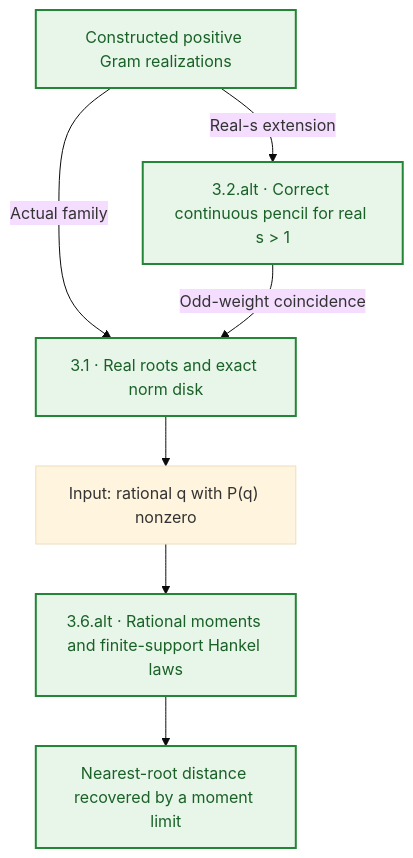
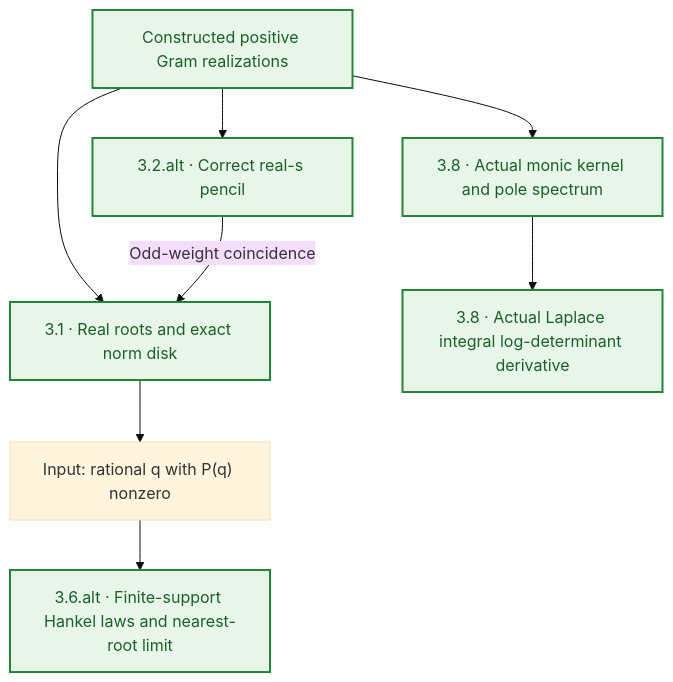
Before and after one commit to randogelist/zetahyperbolic-axiom: the second of 10 diagrams in README.md, drawn with Mermaid (base theme). The commit also changed other lines of this file and 28 other files, not shown here.

Commit message:
Record verified 260-module audit and complete manuscript theorem roadmap

````diff
--- a/README.md
+++ b/README.md
@@ -44,19 +44,21 @@
 ```mermaid
 flowchart TD
     G["Constructed positive Gram realizations"]
     H["3.1 · Real roots and exact norm disk"]
-    C["3.2.alt · Correct continuous pencil for real s > 1"]
+    C["3.2.alt · Correct real-s pencil"]
+    K["3.8 · Actual monic kernel and pole spectrum"]
+    L["3.8 · Actual Laplace integral log-determinant derivative"]
     Q["Input: rational q with P(q) nonzero"]
-    R["3.6.alt · Rational moments and finite-support Hankel laws"]
-    N["Nearest-root distance recovered by a moment limit"]
+    R["3.6.alt · Finite-support Hankel laws and nearest-root limit"]
 
-    G -->|Actual family| H
-    G -->|Real-s extension| C
+    G --> H
+    G --> C
     C -->|Odd-weight coincidence| H
+    G --> K
+    K --> L
     H --> Q
     Q --> R
-    R --> N
 
     classDef verified fill:#e8f5e9,stroke:#238636,color:#196127,stroke-width:2px;
-    class G,H,C,R,N verified;
+    class G,H,C,K,L,R verified;
 ```
````
